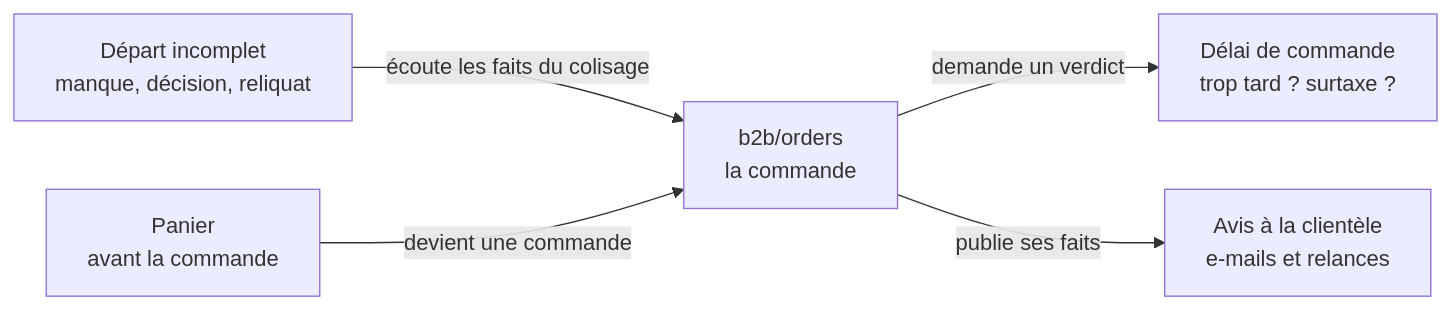
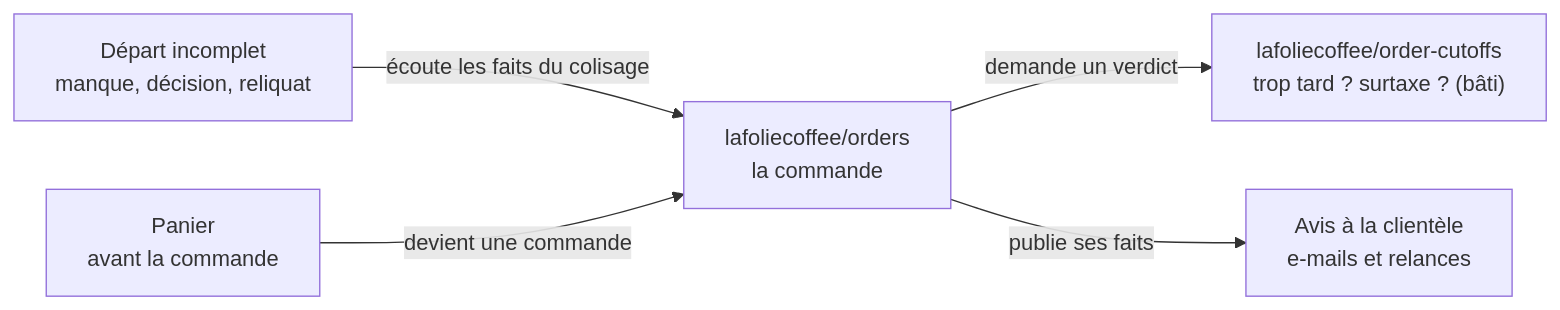
One commit to hugoheynard/lfd changed the diagram in documentation/commandes/domaines-a-decouper.md. Above: the diagram before and after it, drawn with Mermaid. The commit also changed other lines of this file and 1 other file, not shown here.

First line of the commit message:
docs(commandes): le délai de commande est bâti dans l'inventaire des domaines à découper

````diff
--- a/documentation/commandes/domaines-a-decouper.md
+++ b/documentation/commandes/domaines-a-decouper.md
@@ -25,12 +27,12 @@
 ```mermaid
 flowchart LR
-  O["b2b/orders<br/>la commande"]
-  D["Délai de commande<br/>trop tard ? surtaxe ?"]
+  O["lafoliecoffee/orders<br/>la commande"]
+  D["lafoliecoffee/order-cutoffs<br/>trop tard ? surtaxe ? (bâti)"]
   S["Départ incomplet<br/>manque, décision, reliquat"]
   M["Avis à la clientèle<br/>e-mails et relances"]
   P["Panier<br/>avant la commande"]
   O -- "demande un verdict" --> D
   S -- "écoute les faits du colisage" --> O
   O -- "publie ses faits" --> M
   P -- "devient une commande" --> O
 ```
````
